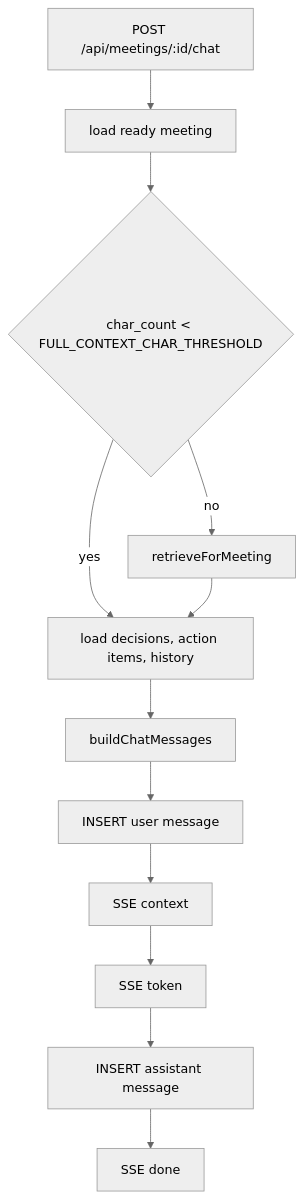
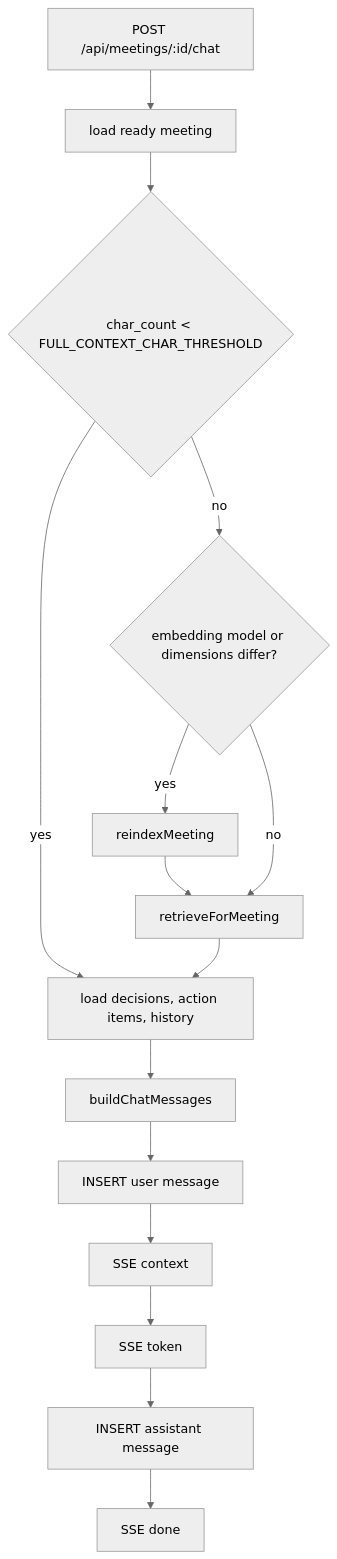
Before and after one commit to adamrefaey/meeting-intelligence: the first of 4 diagrams in docs/flows/retrieval.md, drawn with Mermaid (neutral theme). The commit also changed other lines of this file and 3 other files, not shown here.

First line of the commit message:
refactor: update README and documentation for ingestion and retrieval flows

````diff
--- a/docs/flows/retrieval.md
+++ b/docs/flows/retrieval.md
@@ -9,19 +9,24 @@
 ```mermaid
 flowchart TD
   post["POST /api/meetings/:id/chat"]
   load["load ready meeting"]
   useFull{"char_count < FULL_CONTEXT_CHAR_THRESHOLD"}
+  stale{"embedding model or dimensions differ?"}
+  reembed["reindexMeeting"]
   retrieve["retrieveForMeeting"]
   facts["load decisions, action items, history"]
   prompt["buildChatMessages"]
   persistUser["INSERT user message"]
   context["SSE context"]
   tokens["SSE token"]
   persistAsst["INSERT assistant message"]
   doneEvent["SSE done"]
 
   post --> load --> useFull
   useFull -->|yes| facts
-  useFull -->|no| retrieve --> facts
+  useFull -->|no| stale
+  stale -->|yes| reembed --> retrieve
+  stale -->|no| retrieve
+  retrieve --> facts
   facts --> prompt --> persistUser --> context --> tokens --> persistAsst --> doneEvent
 ```
````
